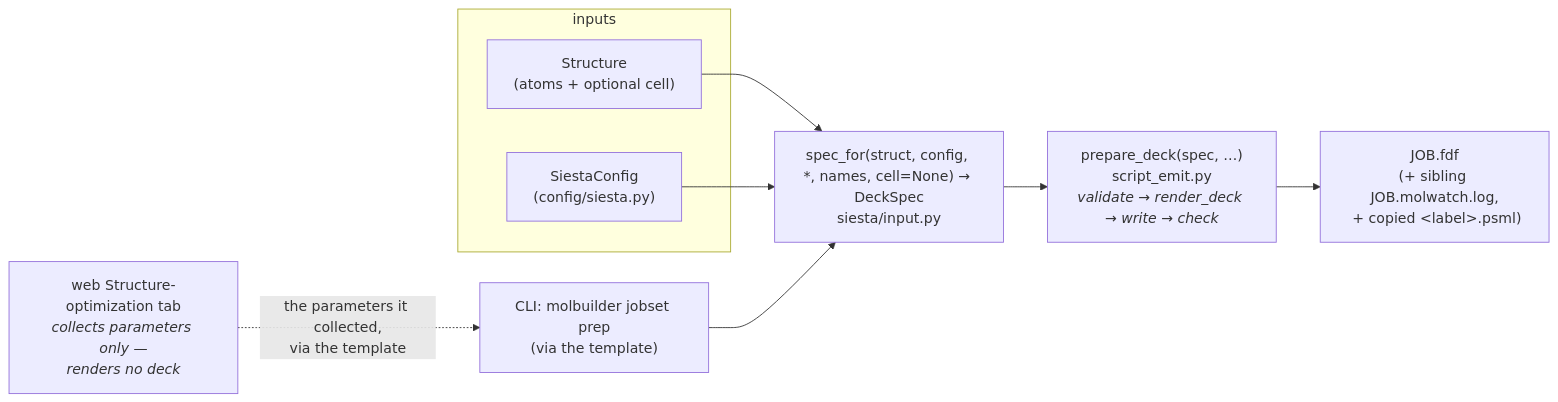
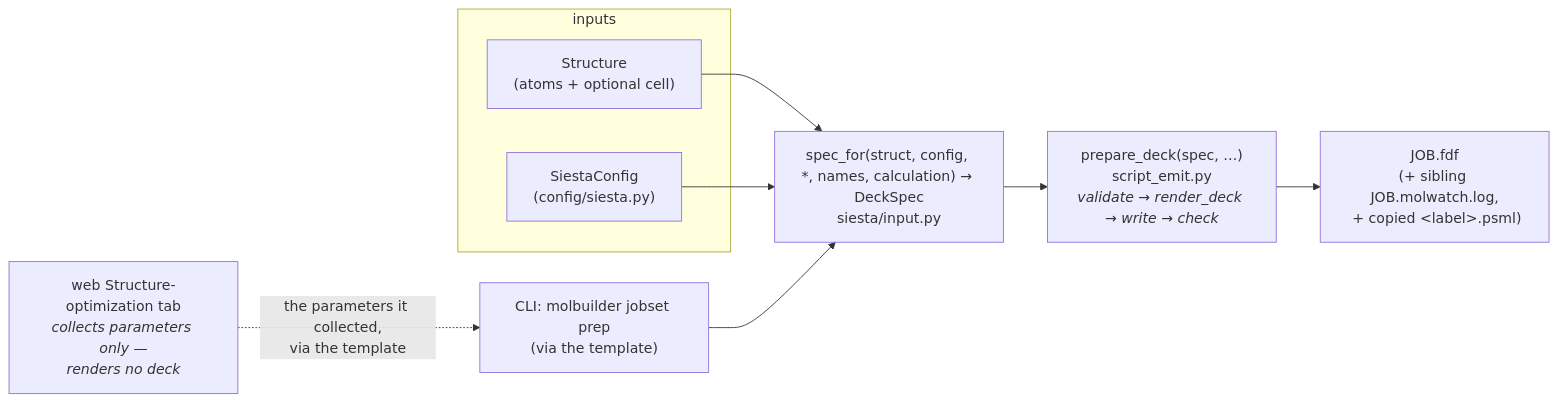
One commit to Qing-LAB/molbuilder changed the first of 3 diagrams in docs/engines/siesta.md. Above: the diagram before and after it, drawn with Mermaid. The commit also changed other lines of this file and 15 other files, not shown here.

````diff
--- a/docs/engines/siesta.md
+++ b/docs/engines/siesta.md
@@ -46,17 +46,17 @@
 ```mermaid
 flowchart LR
     subgraph IN["inputs"]
         S["Structure<br/>(atoms + optional cell)"]
         C["SiestaConfig<br/>(config/siesta.py)"]
     end
     CLI["CLI: molbuilder jobset prep<br/>(via the template)"]
     WEB["web Structure-optimization tab<br/><i>collects parameters only —<br/>renders no deck</i>"]
-    R["spec_for(struct, config, *, names, cell=None) → DeckSpec<br/>siesta/input.py"]
+    R["spec_for(struct, config, *, names, calculation) → DeckSpec<br/>siesta/input.py"]
     P["prepare_deck(spec, …)<br/>script_emit.py<br/><i>validate → render_deck → write → check</i>"]
     OUT["JOB.fdf<br/>(+ sibling JOB.molwatch.log,<br/> + copied &lt;label&gt;.psml)"]
     S --> R
     C --> R
     CLI --> R
     WEB -.->|"the parameters it collected,<br/>via the template"| CLI
     R --> P --> OUT
 ```
````
